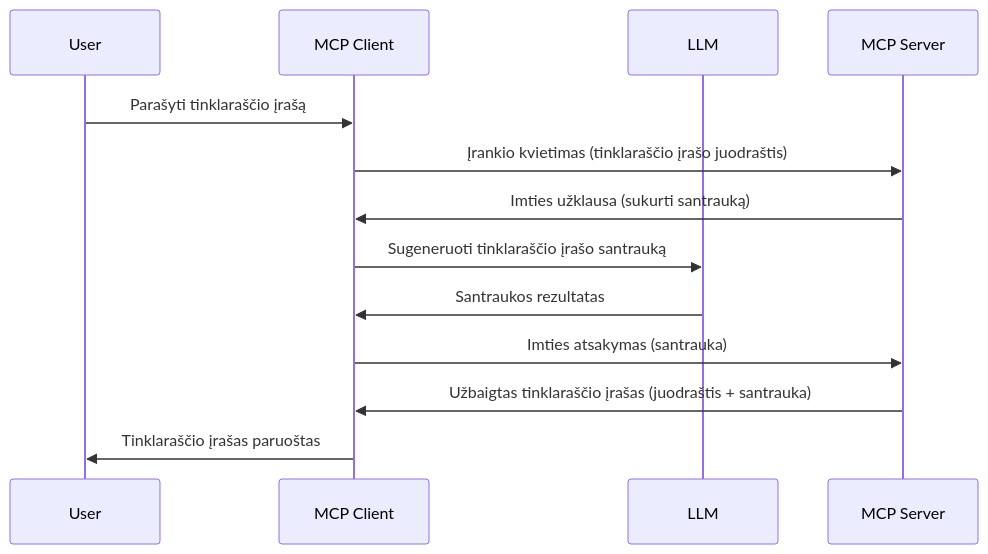
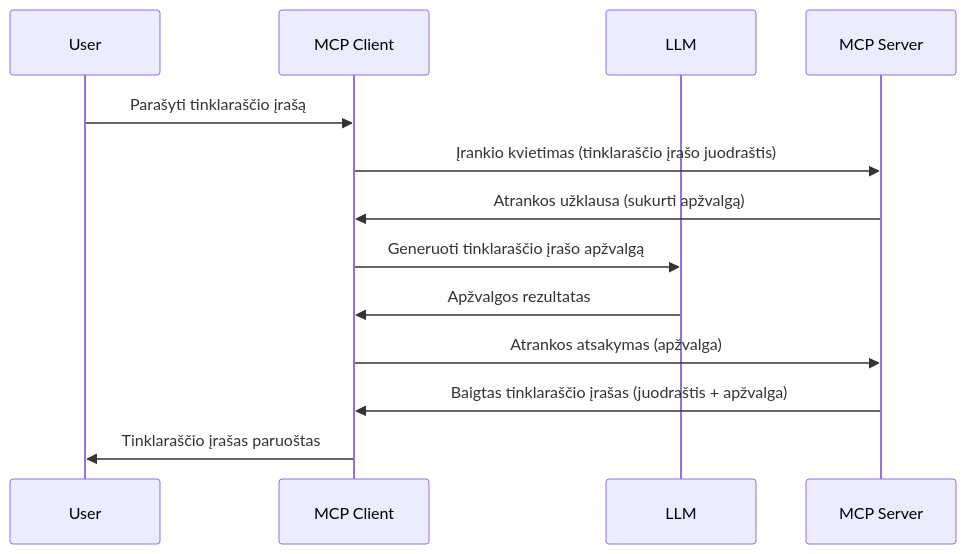
The diagram in mcp_ecosystem__model_context_protocol/mcp_learning_resources/mcp-for-beginners/translations/lt/03-GettingStarted/14-sampling/README.md (HIDORAKAI002/ai-workspace-archive), drawn with Mermaid before and after one commit. The commit also changed other lines of this file and 1160 other files, not shown here.

````diff
--- a/mcp_ecosystem__model_context_protocol/mcp_learning_resources/mcp-for-beginners/translations/lt/03-GettingStarted/14-sampling/README.md
+++ b/mcp_ecosystem__model_context_protocol/mcp_learning_resources/mcp-for-beginners/translations/lt/03-GettingStarted/14-sampling/README.md
@@ -23,16 +23,16 @@
 ```mermaid
 sequenceDiagram
     participant User
     participant MCP Client
     participant LLM
     participant MCP Server
 
     User->>MCP Client: Parašyti tinklaraščio įrašą
     MCP Client->>MCP Server: Įrankio kvietimas (tinklaraščio įrašo juodraštis)
-    MCP Server->>MCP Client: Imties užklausa (sukurti santrauką)
-    MCP Client->>LLM: Sugeneruoti tinklaraščio įrašo santrauką
-    LLM->>MCP Client: Santraukos rezultatas
-    MCP Client->>MCP Server: Imties atsakymas (santrauka)
-    MCP Server->>MCP Client: Užbaigtas tinklaraščio įrašas (juodraštis + santrauka)
+    MCP Server->>MCP Client: Atrankos užklausa (sukurti apžvalgą)
+    MCP Client->>LLM: Generuoti tinklaraščio įrašo apžvalgą
+    LLM->>MCP Client: Apžvalgos rezultatas
+    MCP Client->>MCP Server: Atrankos atsakymas (apžvalga)
+    MCP Server->>MCP Client: Baigtas tinklaraščio įrašas (juodraštis + apžvalga)
     MCP Client->>User: Tinklaraščio įrašas paruoštas
 ```
````
